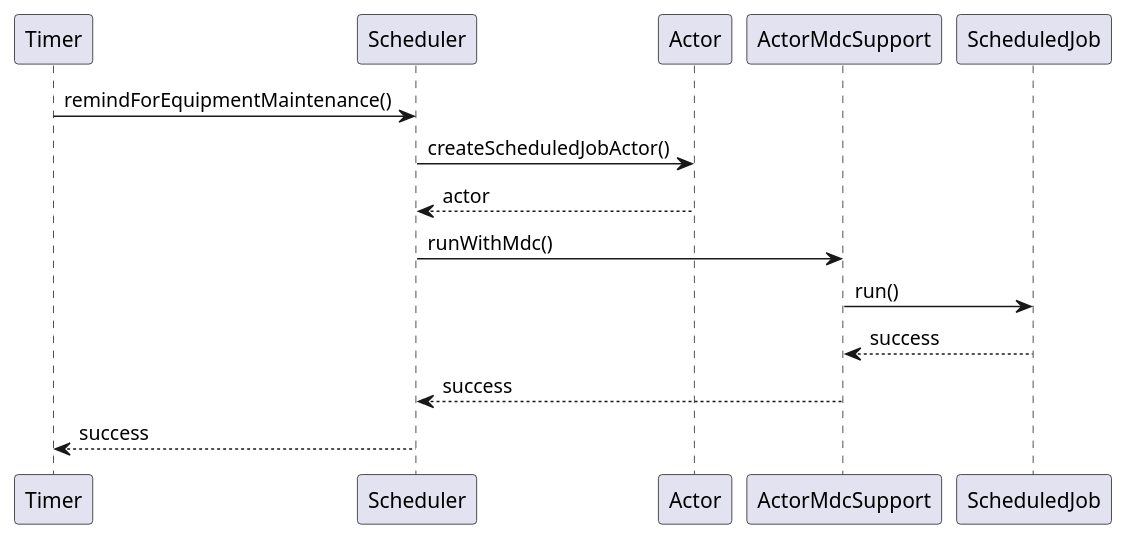
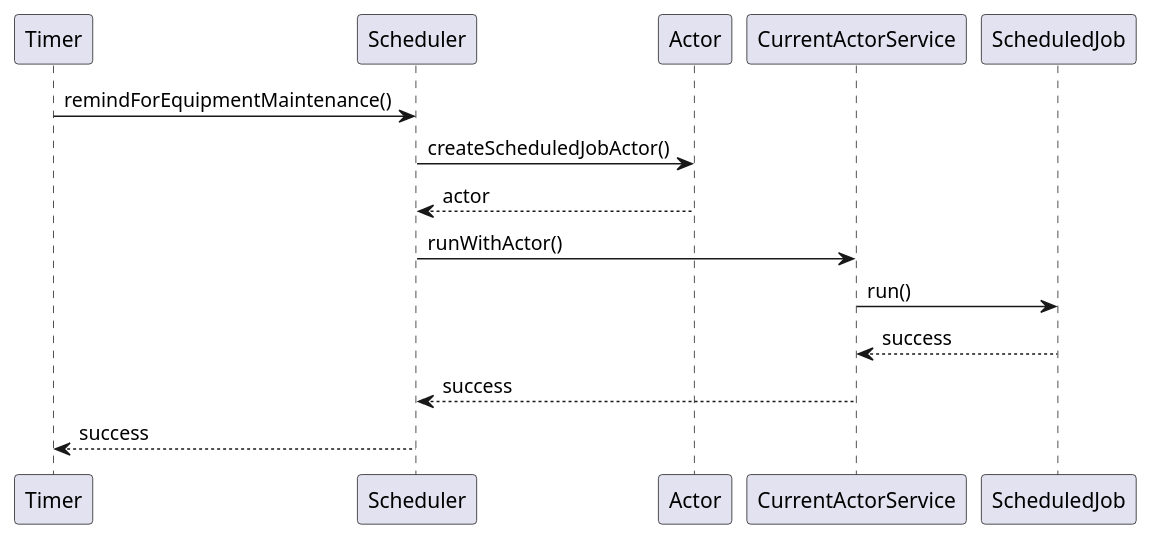
Before and after one commit to davenkin/andy-springboot4-template: the sixth of 7 diagrams in adr/005_unified_request_process_flow.md, drawn with PlantUML. The commit also changed other lines of this file and 2 other files, not shown here.

````diff
--- a/adr/005_unified_request_process_flow.md
+++ b/adr/005_unified_request_process_flow.md
@@ -358,12 +357,12 @@
 ```plantuml
 @startuml
 Timer -> Scheduler: remindForEquipmentMaintenance()
 Scheduler -> Actor: createScheduledJobActor()
 Actor --> Scheduler: actor
-Scheduler -> ActorMdcSupport: runWithMdc()
-ActorMdcSupport -> ScheduledJob: run()
-ScheduledJob --> ActorMdcSupport: success
-ActorMdcSupport --> Scheduler:success
+Scheduler -> CurrentActorService: runWithActor()
+CurrentActorService -> ScheduledJob: run()
+ScheduledJob --> CurrentActorService: success
+CurrentActorService --> Scheduler:success
 Scheduler --> Timer: success
 @enduml
 ```
````
